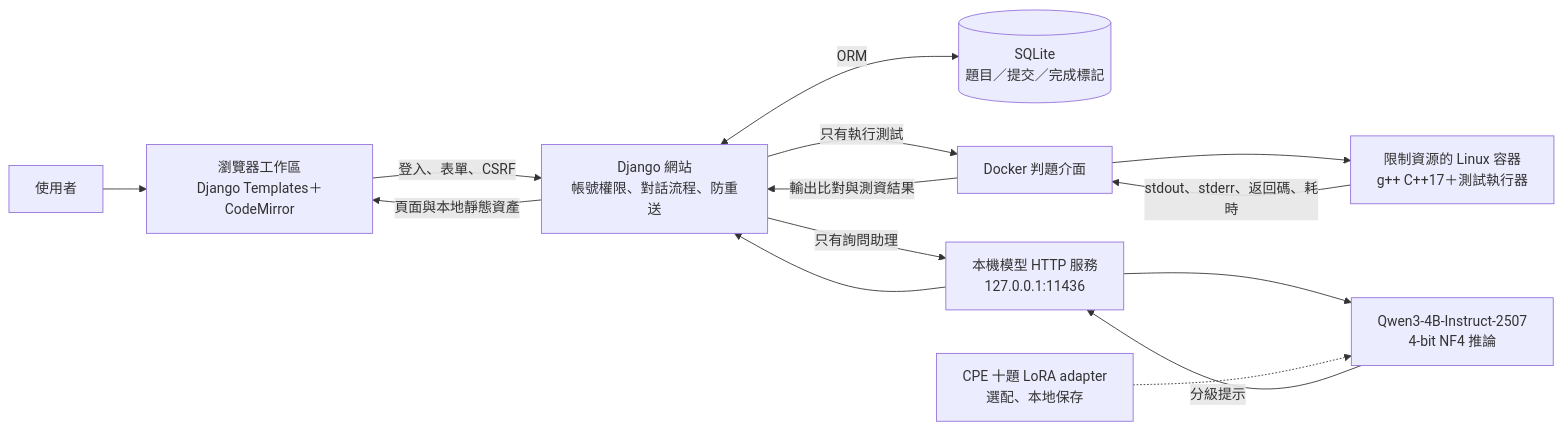
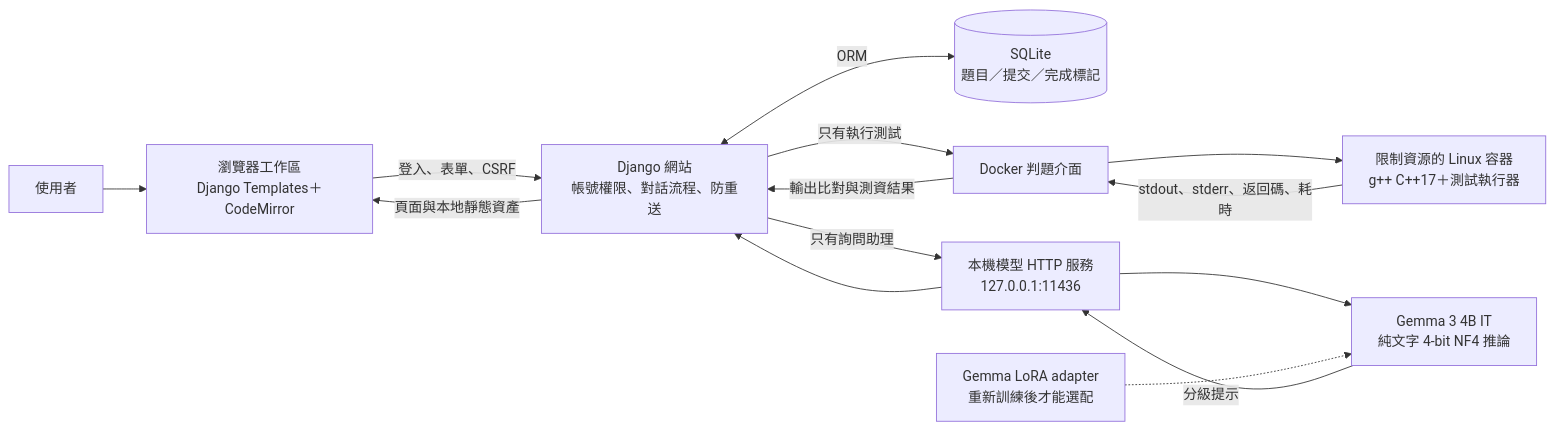
The second of 5 diagrams in docs/FLOWCHARTS.md (yuu1026/CPE-Coach), drawn with Mermaid before and after one commit. The commit also changed other lines of this file and 19 other files, not shown here.

Commit message:
feat: replace Qwen backend with local Gemma 3 4B IT

````diff
--- a/docs/FLOWCHARTS.md
+++ b/docs/FLOWCHARTS.md
@@ -35,16 +35,16 @@
 ```mermaid
 flowchart LR
     U["使用者"] --> W["瀏覽器工作區<br/>Django Templates＋CodeMirror"]
     W -->|登入、表單、CSRF| D["Django 網站<br/>帳號權限、對話流程、防重送"]
     D <-->|ORM| DB[("SQLite<br/>題目／提交／完成標記")]
     D -->|只有執行測試| J["Docker 判題介面"]
     J --> C["限制資源的 Linux 容器<br/>g++ C++17＋測試執行器"]
     C -->|stdout、stderr、返回碼、耗時| J
     J -->|輸出比對與測資結果| D
     D -->|只有詢問助理| M["本機模型 HTTP 服務<br/>127.0.0.1:11436"]
-    M --> T["Qwen3-4B-Instruct-2507<br/>4-bit NF4 推論"]
-    L["CPE 十題 LoRA adapter<br/>選配、本地保存"] -.-> T
+    M --> T["Gemma 3 4B IT<br/>純文字 4-bit NF4 推論"]
+    L["Gemma LoRA adapter<br/>重新訓練後才能選配"] -.-> T
     T -->|分級提示| M
     M --> D
     D -->|頁面與本地靜態資產| W
 ```
````
